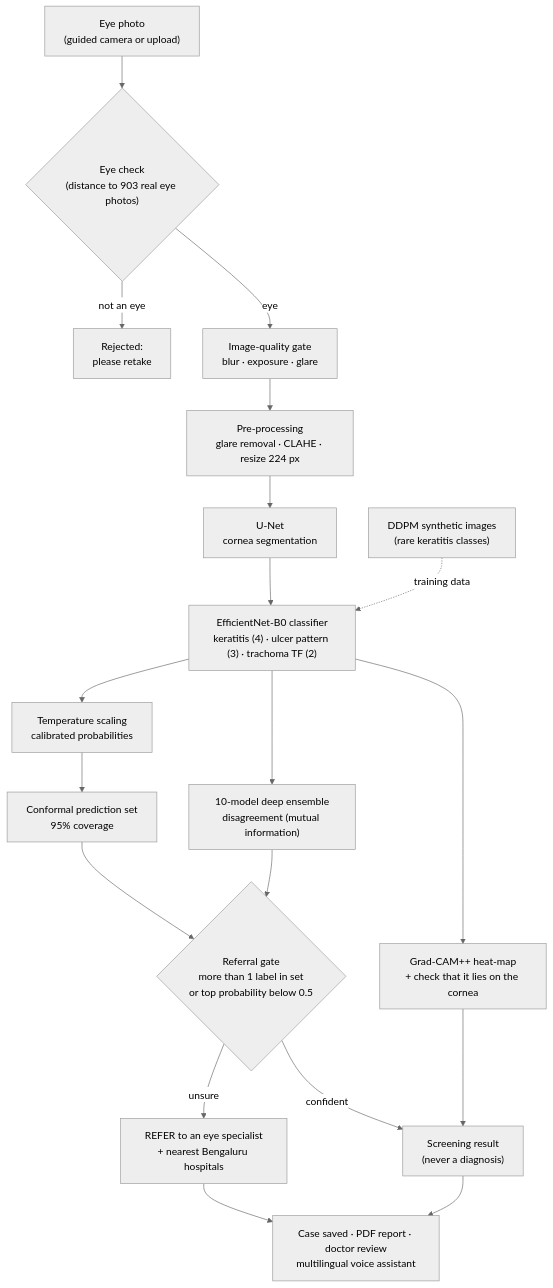
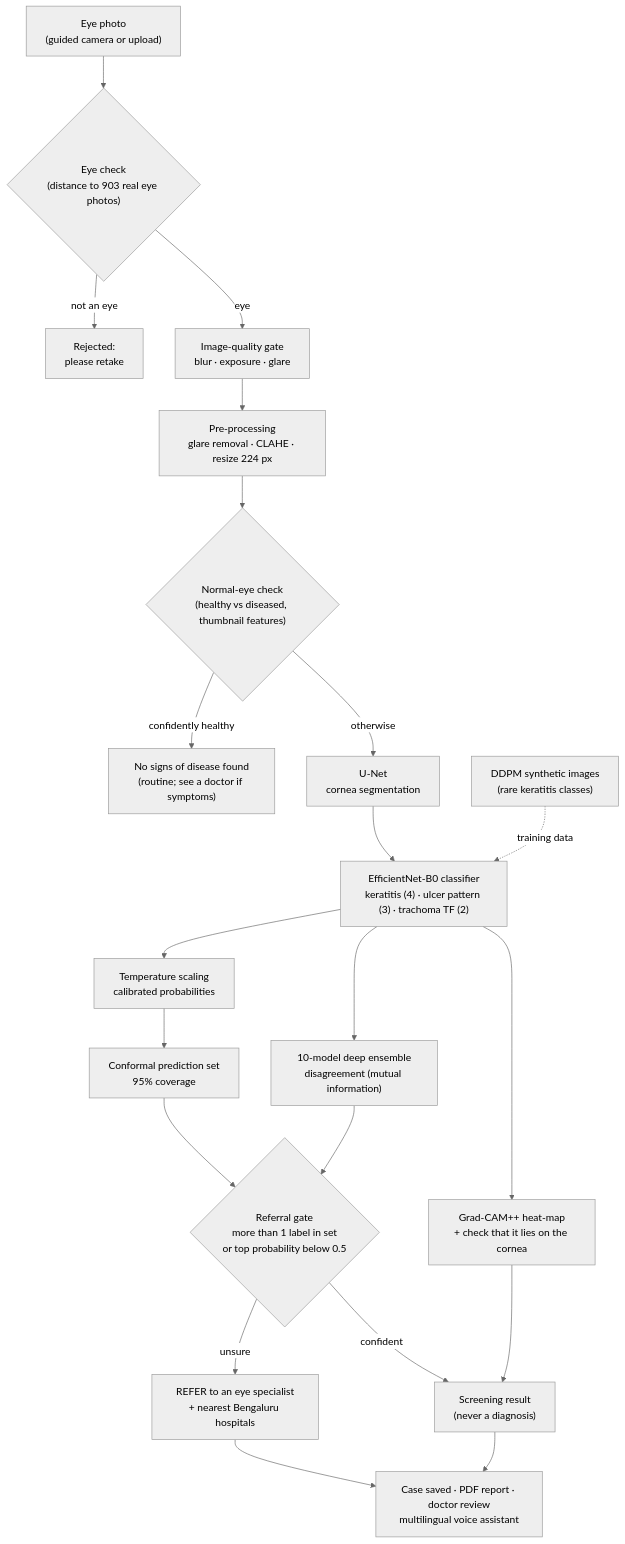
The diagram in README.md (Yaseen-2004/OcuLens-AI-An-Explainable-Multilingual-AI-Platform-for-Anterior-Eye-Disease-Screening-), drawn with Mermaid (neutral theme) before and after one commit. The commit also changed other lines of this file and 10 other files, not shown here.

First line of the commit message:
Add normal-eye check (no signs of disease only when confident)

````diff
--- a/README.md
+++ b/README.md
@@ -49,21 +50,23 @@
 ```mermaid
 flowchart TD
     A["Eye photo<br/>(guided camera or upload)"] --> B{"Eye check<br/>(distance to 903 real eye photos)"}
     B -- "not an eye" --> X["Rejected:<br/>please retake"]
     B -- "eye" --> C["Image-quality gate<br/>blur · exposure · glare"]
     C --> D["Pre-processing<br/>glare removal · CLAHE · resize 224 px"]
-    D --> E["U-Net<br/>cornea segmentation"]
+    D --> N{"Normal-eye check<br/>(healthy vs diseased, thumbnail features)"}
+    N -- "confidently healthy" --> NO["No signs of disease found<br/>(routine; see a doctor if symptoms)"]
+    N -- "otherwise" --> E["U-Net<br/>cornea segmentation"]
     E --> F["EfficientNet-B0 classifier<br/>keratitis (4) · ulcer pattern (3) · trachoma TF (2)"]
     G["DDPM synthetic images<br/>(rare keratitis classes)"] -. "training data" .-> F
     F --> H["Temperature scaling<br/>calibrated probabilities"]
     F --> I["10-model deep ensemble<br/>disagreement (mutual information)"]
     H --> J["Conformal prediction set<br/>95% coverage"]
     J --> K{"Referral gate<br/>more than 1 label in set<br/>or top probability below 0.5"}
     I --> K
     K -- "unsure" --> R["REFER to an eye specialist<br/>+ nearest Bengaluru hospitals"]
     K -- "confident" --> S["Screening result<br/>(never a diagnosis)"]
     F --> L["Grad-CAM++ heat-map<br/>+ check that it lies on the cornea"]
     L --> S
     R --> O["Case saved · PDF report · doctor review<br/>multilingual voice assistant"]
     S --> O
 ```
````
